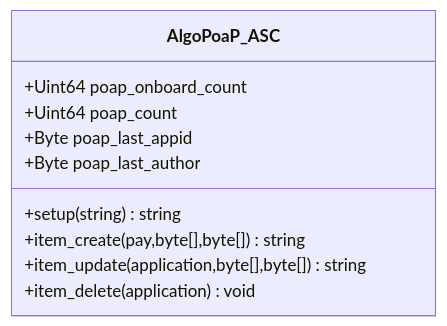
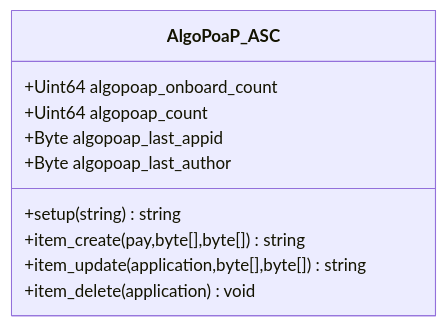
One commit to GoPlausible/.github changed the seventh of 8 diagrams in profile/README.md. Above: the diagram before and after it, drawn with Mermaid. The commit also changed other lines of this file, not shown here.

````diff
--- a/profile/README.md
+++ b/profile/README.md
@@ -393,14 +328,14 @@
 ```mermaid
   classDiagram
     class AlgoPoaP_ASC
-    AlgoPoaP_ASC : +Uint64 poap_onboard_count
-    AlgoPoaP_ASC : +Uint64 poap_count
-    AlgoPoaP_ASC : +Byte poap_last_appid
-    AlgoPoaP_ASC : +Byte poap_last_author
+    AlgoPoaP_ASC : +Uint64 algopoap_onboard_count
+    AlgoPoaP_ASC : +Uint64 algopoap_count
+    AlgoPoaP_ASC : +Byte algopoap_last_appid
+    AlgoPoaP_ASC : +Byte algopoap_last_author
     AlgoPoaP_ASC : +setup(string)string
     AlgoPoaP_ASC : +item_create(pay,byte[],byte[])string
     AlgoPoaP_ASC : +item_update(application,byte[],byte[])string
     AlgoPoaP_ASC : +item_delete(application)void
 
     
 ```
````
